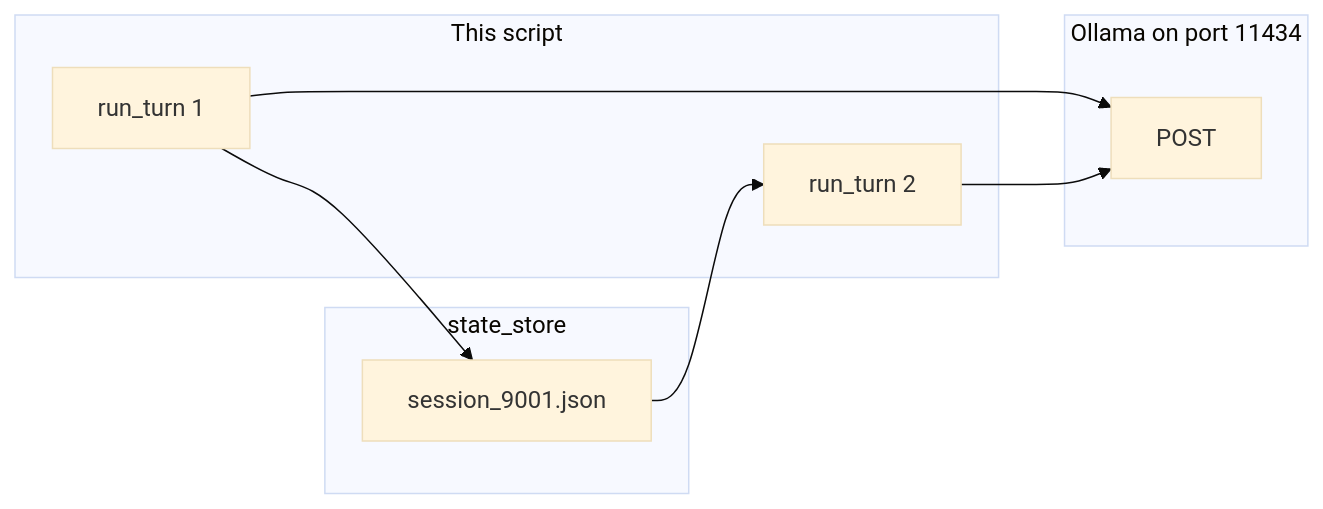
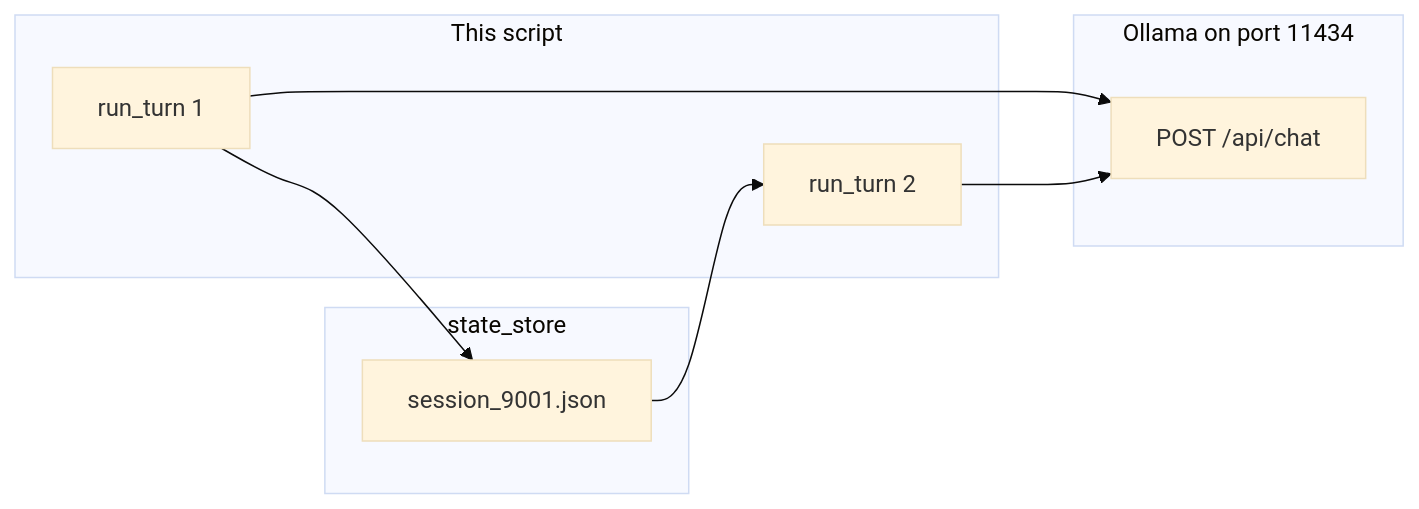
Before and after one commit to jacobbweber/AgenticAI-Labs: the diagram in education/07_one_agent/lab1_core_harness_kernel.md, drawn with Mermaid (base theme). The commit also changed other lines of this file and 1 other file, not shown here.

Commit message:
Tidy chapter 07: intended chat walkthrough and env-only body

````diff
--- a/education/07_one_agent/lab1_core_harness_kernel.md
+++ b/education/07_one_agent/lab1_core_harness_kernel.md
@@ -16,17 +15,17 @@
 ```mermaid
 flowchart LR
     subgraph lab1_agent_script [This script]
         T1["run_turn 1"]
         T2["run_turn 2"]
     end
     subgraph lab1_agent_file [state_store]
         JSON["session_9001.json"]
     end
     subgraph lab1_agent_host [Ollama on port 11434]
-        GEN["POST"]
+        CHAT["POST /api/chat"]
     end
     T1 --> JSON
-    T1 --> GEN
+    T1 --> CHAT
     JSON --> T2
-    T2 --> GEN
+    T2 --> CHAT
 ```
````
